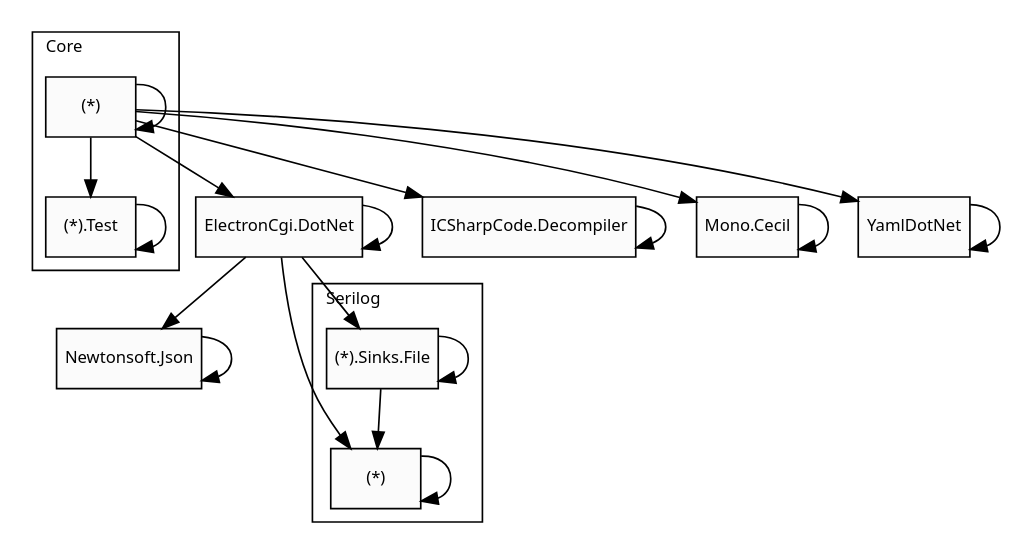
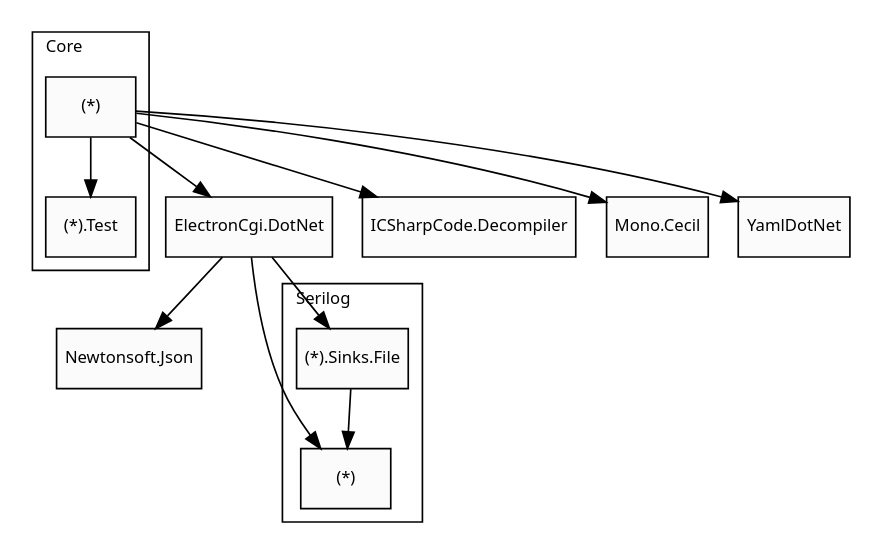
One commit to cwellsx/apis changed the diagram in ui/example-calls.dot. Above: the diagram before and after it, drawn with Graphviz. The commit also changed 7 other files, not shown here.

```diff
--- a/ui/example-calls.dot
+++ b/ui/example-calls.dot
@@ -1,45 +1,36 @@
 digraph {
   labeljust=l
   graph [fontname="Segoe UI", fontsize=10];
   edge [fontname="Segoe UI", fontsize=10];
   node [fontname="Segoe UI", fontsize=10, margin="0.07,0.01"];
   subgraph "cluster_1107296257" {
     class="collapsible"
     label="Core"
     id="1107296257"
     href=foo
     "1073741825" [shape=rect, id="1073741825", label="(*)", href=foo, class="collapsible", style="filled", fillcolor="#fbfbfb"];
     "1073741829" [shape=rect, id="1073741829", label="(*).Test", href=foo, class="collapsible", style="filled", fillcolor="#fbfbfb"];
 }
   "1073741830" [shape=rect, id="1073741830", label="ElectronCgi.DotNet", href=foo, class="collapsible", style="filled", fillcolor="#fbfbfb"];
   "1073741826" [shape=rect, id="1073741826", label="ICSharpCode.Decompiler", href=foo, class="collapsible", style="filled", fillcolor="#fbfbfb"];
   "1073741828" [shape=rect, id="1073741828", label="Mono.Cecil", href=foo, class="collapsible", style="filled", fillcolor="#fbfbfb"];
   "1073741832" [shape=rect, id="1073741832", label="Newtonsoft.Json", href=foo, class="collapsible", style="filled", fillcolor="#fbfbfb"];
   subgraph "cluster_1107296258" {
     class="collapsible"
     label="Serilog"
     id="1107296258"
     href=foo
     "1073741831" [shape=rect, id="1073741831", label="(*)", href=foo, class="collapsible", style="filled", fillcolor="#fbfbfb"];
     "1073741833" [shape=rect, id="1073741833", label="(*).Sinks.File", href=foo, class="collapsible", style="filled", fillcolor="#fbfbfb"];
 }
   "1073741827" [shape=rect, id="1073741827", label="YamlDotNet", href=foo, class="collapsible", style="filled", fillcolor="#fbfbfb"];
-  "1073741825" -> "1073741825" [id="1073741825||1073741825", href="foo"]
   "1073741825" -> "1073741826" [id="1073741825||1073741826", href="foo"]
   "1073741825" -> "1073741827" [id="1073741825||1073741827", href="foo"]
   "1073741825" -> "1073741828" [id="1073741825||1073741828", href="foo"]
   "1073741825" -> "1073741829" [id="1073741825||1073741829", href="foo"]
   "1073741825" -> "1073741830" [id="1073741825||1073741830", href="foo"]
-  "1073741826" -> "1073741826" [id="1073741826||1073741826", href="foo"]
-  "1073741827" -> "1073741827" [id="1073741827||1073741827", href="foo"]
-  "1073741828" -> "1073741828" [id="1073741828||1073741828", href="foo"]
-  "1073741829" -> "1073741829" [id="1073741829||1073741829", href="foo"]
-  "1073741830" -> "1073741830" [id="1073741830||1073741830", href="foo"]
   "1073741830" -> "1073741831" [id="1073741830||1073741831", href="foo"]
   "1073741830" -> "1073741832" [id="1073741830||1073741832", href="foo"]
   "1073741830" -> "1073741833" [id="1073741830||1073741833", href="foo"]
-  "1073741831" -> "1073741831" [id="1073741831||1073741831", href="foo"]
-  "1073741832" -> "1073741832" [id="1073741832||1073741832", href="foo"]
   "1073741833" -> "1073741831" [id="1073741833||1073741831", href="foo"]
-  "1073741833" -> "1073741833" [id="1073741833||1073741833", href="foo"]
 }
```
